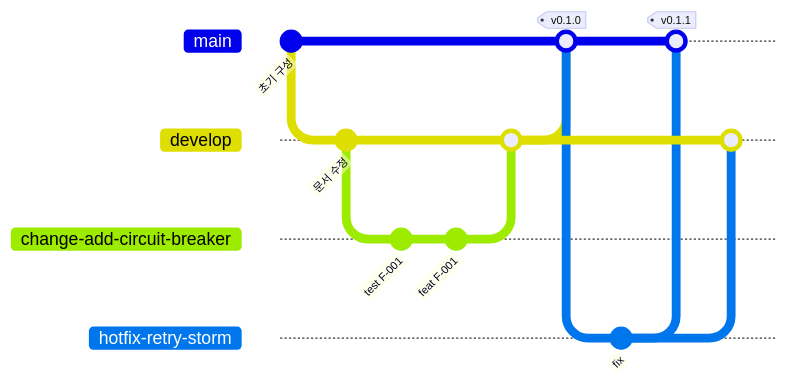
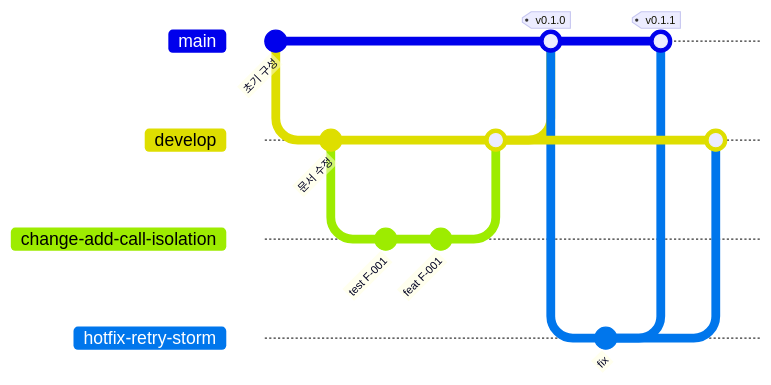
Before and after one commit to Vryez11/Weave: the diagram in conventions/branch.md, drawn with Mermaid. The commit also changed other lines of this file, not shown here.

Commit message:
docs(conventions): 브랜치 예시의 change 이름을 PRD 계획과 맞춘다

````diff
--- a/conventions/branch.md
+++ b/conventions/branch.md
@@ -21,22 +21,22 @@
 ```mermaid
 gitGraph
     commit id: "초기 구성"
     branch develop
     checkout develop
     commit id: "문서 수정"
-    branch change-add-circuit-breaker
-    checkout change-add-circuit-breaker
+    branch change-add-call-isolation
+    checkout change-add-call-isolation
     commit id: "test F-001"
     commit id: "feat F-001"
     checkout develop
-    merge change-add-circuit-breaker
+    merge change-add-call-isolation
     checkout main
     merge develop tag: "v0.1.0"
     branch hotfix-retry-storm
     checkout hotfix-retry-storm
     commit id: "fix"
     checkout main
     merge hotfix-retry-storm tag: "v0.1.1"
     checkout develop
     merge hotfix-retry-storm
 ```
````
